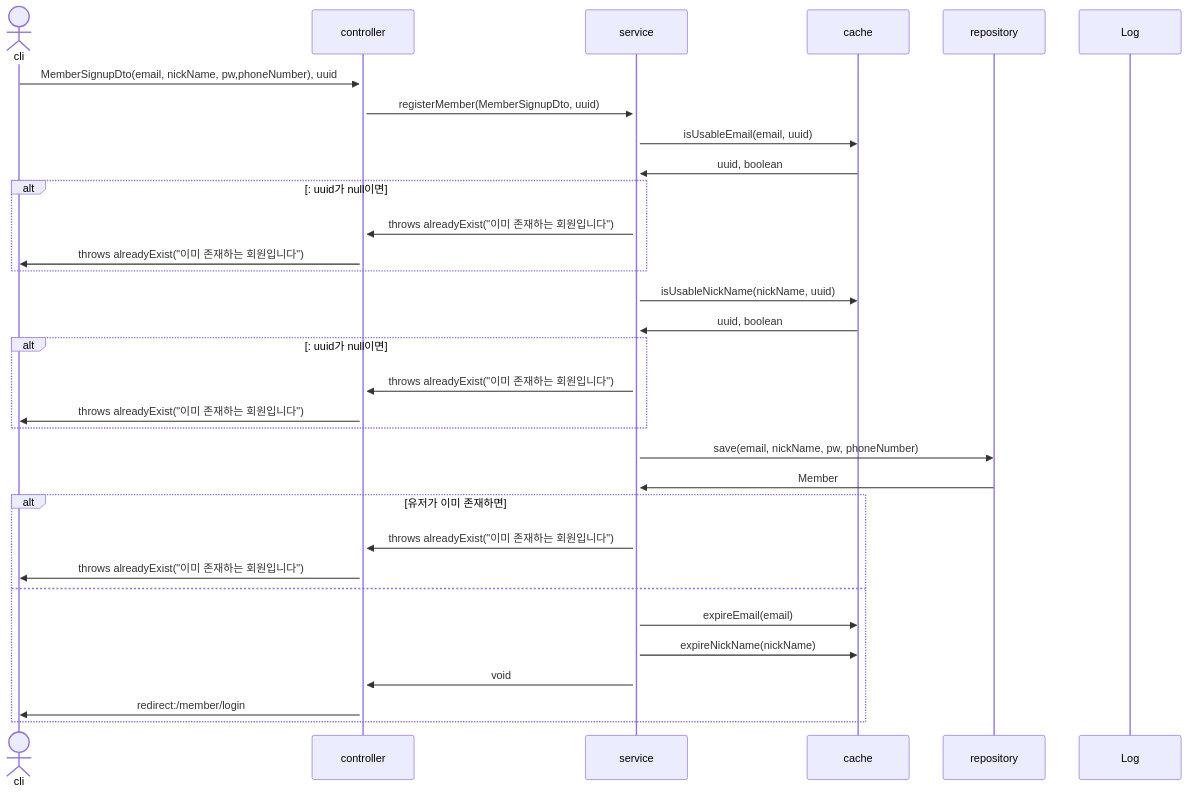
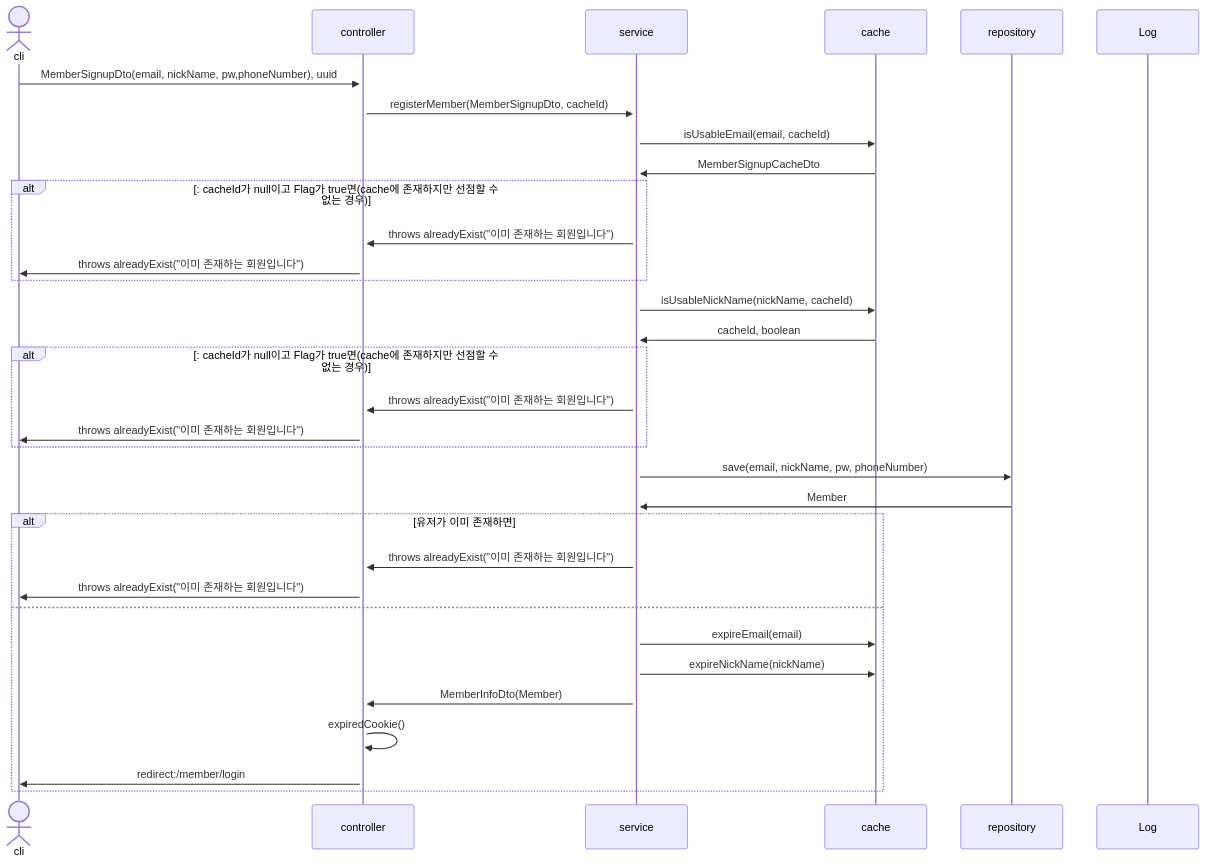
Before and after one commit to mtak0235/snsX: the eighth of 37 diagrams in sequence.md, drawn with Mermaid. The commit also changed other lines of this file and 5 other files, not shown here.

````diff
--- a/sequence.md
+++ b/sequence.md
@@ -196,36 +196,36 @@
 ```mermaid
 sequenceDiagram
 actor cli
 participant c as controller
 participant s as service
 participant ca as cache
 participant r as repository
 participant l as Log
 
 cli->>+c: MemberSignupDto(email, nickName, pw,phoneNumber), uuid
-c->>+s: registerMember(MemberSignupDto, uuid)
-s->>ca: isUsableEmail(email, uuid)
-ca->>s: uuid, boolean
-alt: uuid가 null이면
+c->>+s: registerMember(MemberSignupDto, cacheId)
+s->>ca: isUsableEmail(email, cacheId)
+ca->>s: MemberSignupCacheDto
+alt: cacheId가 null이고 Flag가 true면(cache에 존재하지만 선점할 수 없는 경우)
 s->>c: throws alreadyExist("이미 존재하는 회원입니다")
 c->>cli: throws alreadyExist("이미 존재하는 회원입니다")
 end
-s->>ca: isUsableNickName(nickName, uuid)
-ca->>s: uuid, boolean
-alt: uuid가 null이면
+s->>ca: isUsableNickName(nickName, cacheId)
+ca->>s: cacheId, boolean
+alt: cacheId가 null이고 Flag가 true면(cache에 존재하지만 선점할 수 없는 경우)
 s->>c: throws alreadyExist("이미 존재하는 회원입니다")
 c->>cli: throws alreadyExist("이미 존재하는 회원입니다")
 end
 s->>r: save(email, nickName, pw, phoneNumber)
 r->>s: Member
 alt 유저가 이미 존재하면
 s->>c: throws alreadyExist("이미 존재하는 회원입니다")
 c->>cli: throws alreadyExist("이미 존재하는 회원입니다")
 else
 s->>ca: expireEmail(email)
 s->>ca: expireNickName(nickName)
-s->>c: void
+s->>c: MemberInfoDto(Member)
+c->>c: expiredCookie()
 c->>cli: redirect:/member/login
 end
-
 ```
````
